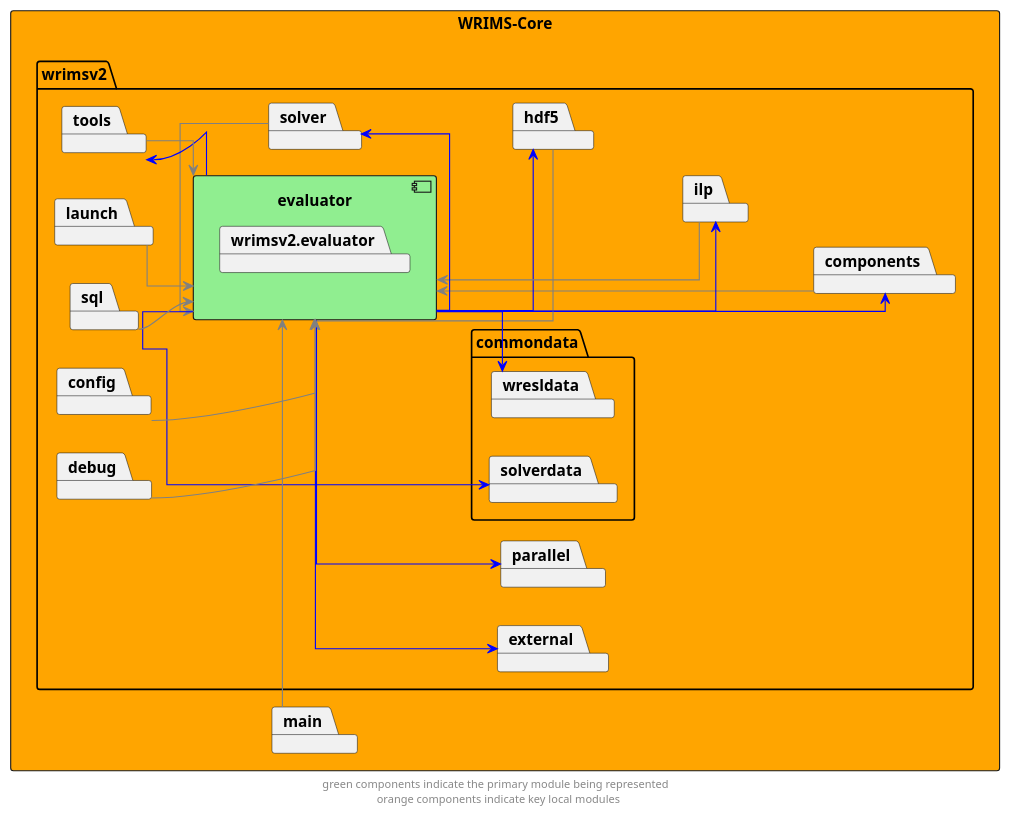
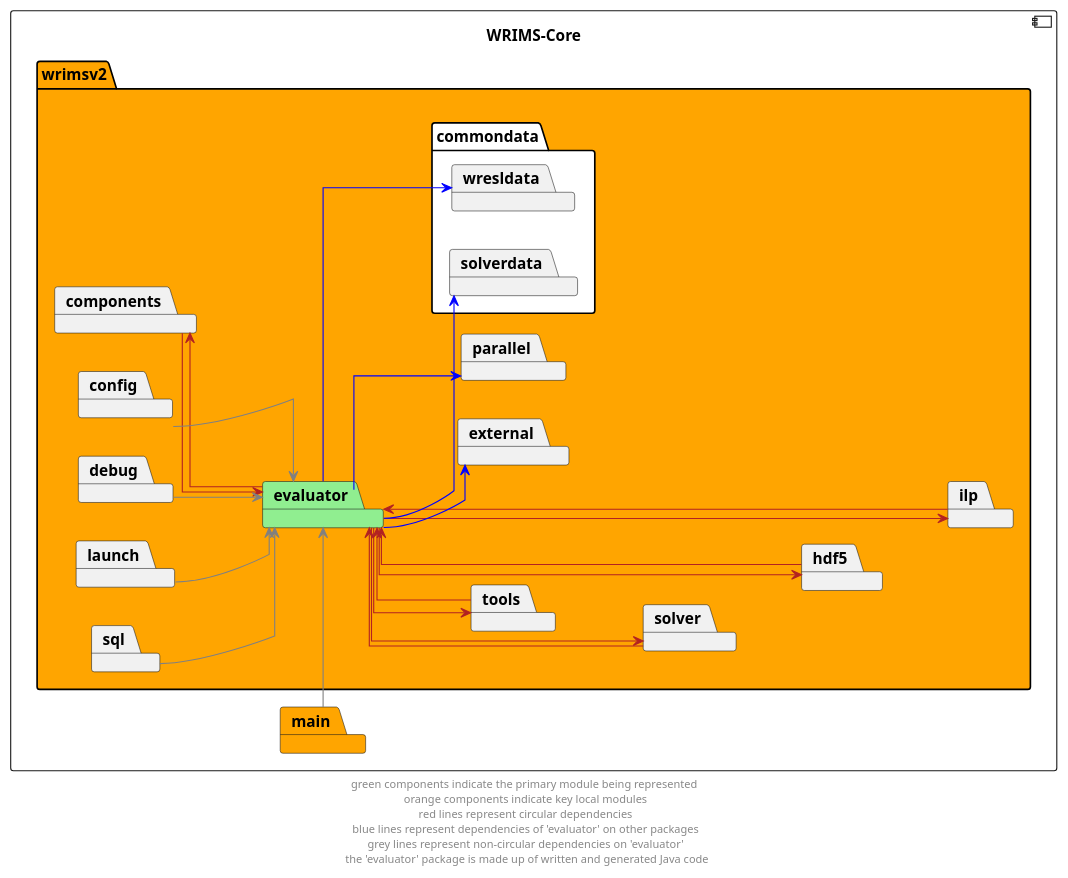
One commit to CentralValleyModeling/wrims changed the diagram in docs/diagrams/wrims-core/wrims-core_evaluator.puml. Above: the diagram before and after it, drawn with PlantUML. The commit also changed 63 other files, not shown here.

First line of the commit message:
Updated diagrams for improved consistency and legibility (#226)

```diff
--- a/docs/diagrams/wrims-core/wrims-core_evaluator.puml
+++ b/docs/diagrams/wrims-core/wrims-core_evaluator.puml
@@ -1,61 +1,58 @@
 @startuml
 left to right direction
 skinparam linetype ortho
 
-rectangle wrims_core as "WRIMS-Core" #orange {
-    package wrimsv2 {
-        component evaluator #lightgreen {
-            package wrimsv2.evaluator{
-            }
-        }
-        package commondata{
+component wrims_core as "WRIMS-Core"{
+    package wrimsv2  #orange {
+        package evaluator #lightgreen
+        package commondata #white {
                 package wresldata
                 package solverdata
 
         }
         package components
         package config
         package debug
         package external
         package launch
         package parallel
         package hdf5
         package ilp
         package solver
         package sql
         package tools
 
     }
-package main
+package main #orange
 }
 
-evaluator --> components #blue
-components --> evaluator #grey
-evaluator --> hdf5 #blue
-hdf5 --> evaluator  #grey
-evaluator --> ilp #blue
-ilp --> evaluator  #grey
-evaluator --> solver #blue
-solver -left-> evaluator  #grey
-evaluator --> tools #blue
-tools --> evaluator  #grey
+evaluator --> components #firebrick
+components -r-> evaluator #firebrick
+evaluator --> hdf5 #firebrick
+hdf5 --> evaluator  #firebrick
+evaluator --> ilp #firebrick
+ilp --> evaluator  #firebrick
+evaluator --> solver #firebrick
+solver -left-> evaluator  #firebrick
+evaluator --> tools #firebrick
+tools --> evaluator  #firebrick
 
 evaluator --> external #blue
 evaluator --> parallel #blue
 evaluator --> solverdata #blue
 evaluator --> wresldata #blue
 
 config --> evaluator  #grey
 debug --> evaluator  #grey
 launch --> evaluator  #grey
 sql --> evaluator  #grey
 main -l-> evaluator  #grey
 
 ' The following relationships are hidden and used to format the diagram. They do not represent actual dependencies.
 components -up[hidden]-> ilp
 ilp -up[hidden]-> hdf5
 hdf5 -up[hidden]-> solver
 solver -up[hidden]-> tools
 
-footer "green components indicate the primary module being represented \n orange components indicate key local modules"
+footer "green components indicate the primary module being represented \n orange components indicate key local modules \n red lines represent circular dependencies \n blue lines represent dependencies of 'evaluator' on other packages \n grey lines represent non-circular dependencies on 'evaluator' \n the 'evaluator' package is made up of written and generated Java code"
 @enduml
```
